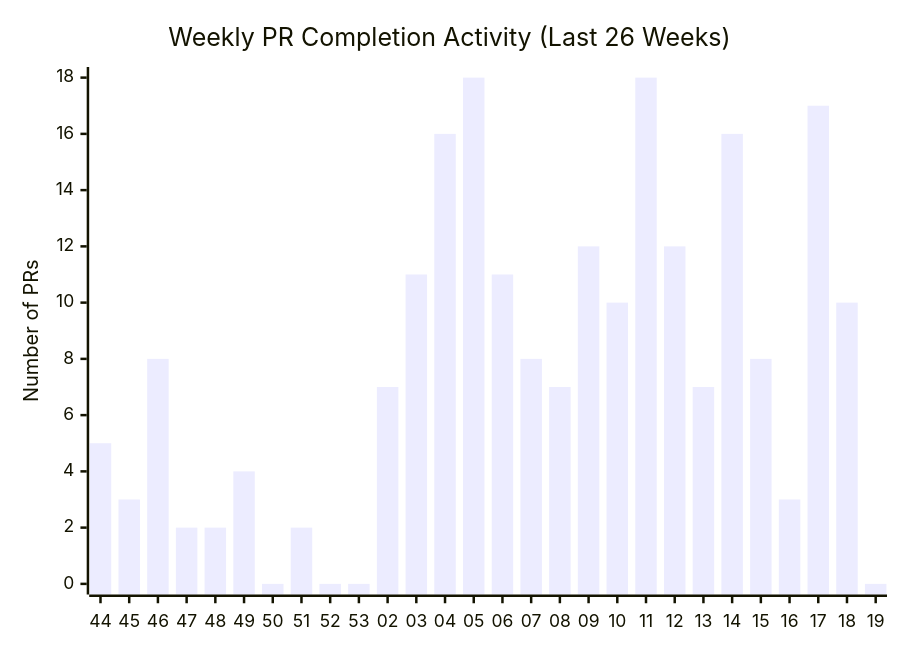
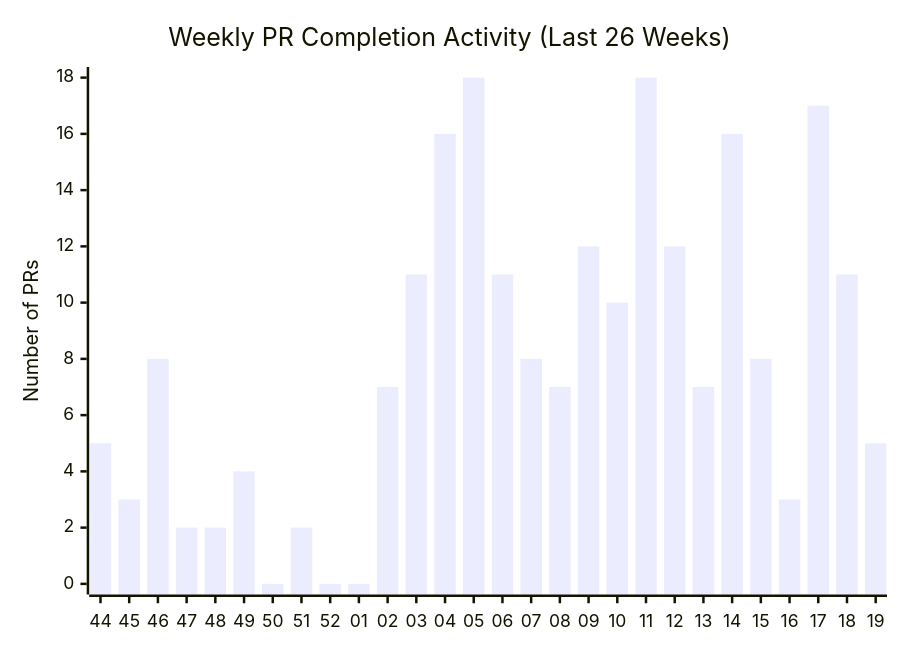
One commit to microsoft/edge-ai changed the second of 11 diagrams in docs/contributions.md. Above: the diagram before and after it, drawn with Mermaid. The commit also changed other lines of this file and 6 other files, not shown here.

````diff
--- a/docs/contributions.md
+++ b/docs/contributions.md
@@ -43,8 +43,8 @@
 ``` mermaid
 
 xychart-beta
     title "Weekly PR Completion Activity (Last 26 Weeks)"
-    x-axis ["44", "45", "46", "47", "48", "49", "50", "51", "52", "53", "02", "03", "04", "05", "06", "07", "08", "09", "10", "11", "12", "13", "14", "15", "16", "17", "18", "19"]
+    x-axis ["44", "45", "46", "47", "48", "49", "50", "51", "52", "01", "02", "03", "04", "05", "06", "07", "08", "09", "10", "11", "12", "13", "14", "15", "16", "17", "18", "19"]
     y-axis "Number of PRs"
-    bar [5, 3, 8, 2, 2, 4, 0, 2, 0, 0, 7, 11, 16, 18, 11, 8, 7, 12, 10, 18, 12, 7, 16, 8, 3, 17, 10, 0]
+    bar [5, 3, 8, 2, 2, 4, 0, 2, 0, 0, 7, 11, 16, 18, 11, 8, 7, 12, 10, 18, 12, 7, 16, 8, 3, 17, 11, 5]
 ```
````
